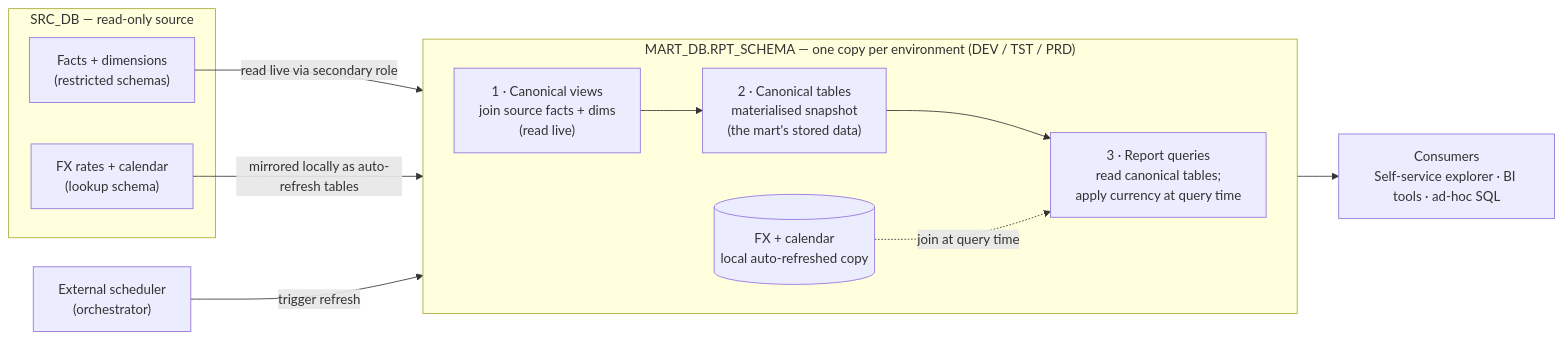
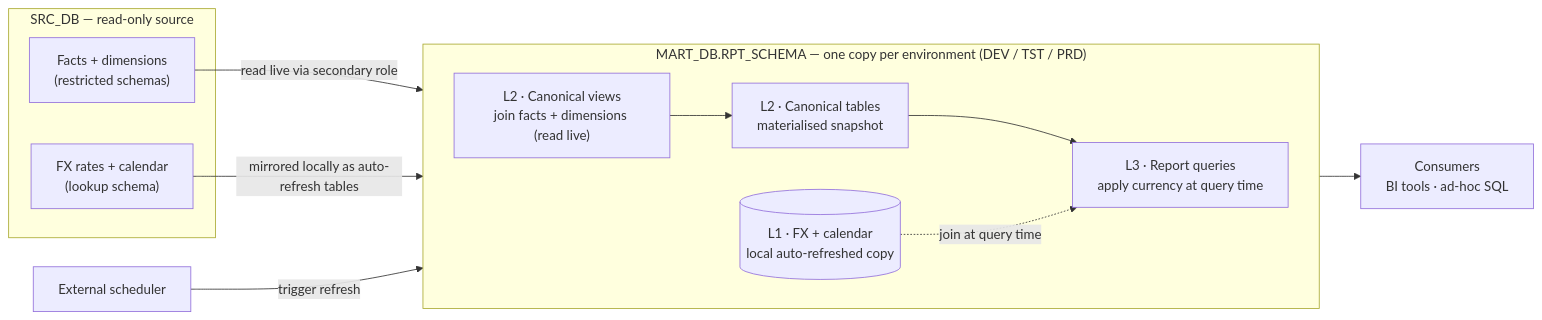
One commit to hsg09/governed-reporting-data-mart-snowflake changed the first of 5 diagrams in README.md. Above: the diagram before and after it, drawn with Mermaid. The commit also changed other lines of this file, not shown here.

````diff
--- a/README.md
+++ b/README.md
@@ -74,25 +67,25 @@
 ```mermaid
 graph LR
     subgraph SRC["SRC_DB — read-only source"]
         FACTS["Facts + dimensions<br/>(restricted schemas)"]
         LKPS["FX rates + calendar<br/>(lookup schema)"]
     end
 
     subgraph MART["MART_DB.RPT_SCHEMA — one copy per environment (DEV / TST / PRD)"]
         direction LR
-        UV["1 · Canonical views<br/>join source facts + dims<br/>(read live)"]
-        MT["2 · Canonical tables<br/>materialised snapshot<br/>(the mart's stored data)"]
-        RP["3 · Report queries<br/>read canonical tables;<br/>apply currency at query time"]
-        FXC[("FX + calendar<br/>local auto-refreshed copy")]
+        UV["L2 · Canonical views<br/>join facts + dimensions (read live)"]
+        MT["L2 · Canonical tables<br/>materialised snapshot"]
+        RP["L3 · Report queries<br/>apply currency at query time"]
+        FXC[("L1 · FX + calendar<br/>local auto-refreshed copy")]
         UV --> MT --> RP
         FXC -. join at query time .-> RP
     end
 
-    ORCH["External scheduler<br/>(orchestrator)"]
-    CONS["Consumers<br/>Self-service explorer · BI tools · ad-hoc SQL"]
+    ORCH["External scheduler"]
+    CONS["Consumers<br/>BI tools · ad-hoc SQL"]
 
     FACTS -->|read live via secondary role| UV
     LKPS  -->|mirrored locally as auto-refresh tables| FXC
     ORCH  -->|trigger refresh| MT
     RP --> CONS
 ```
````
